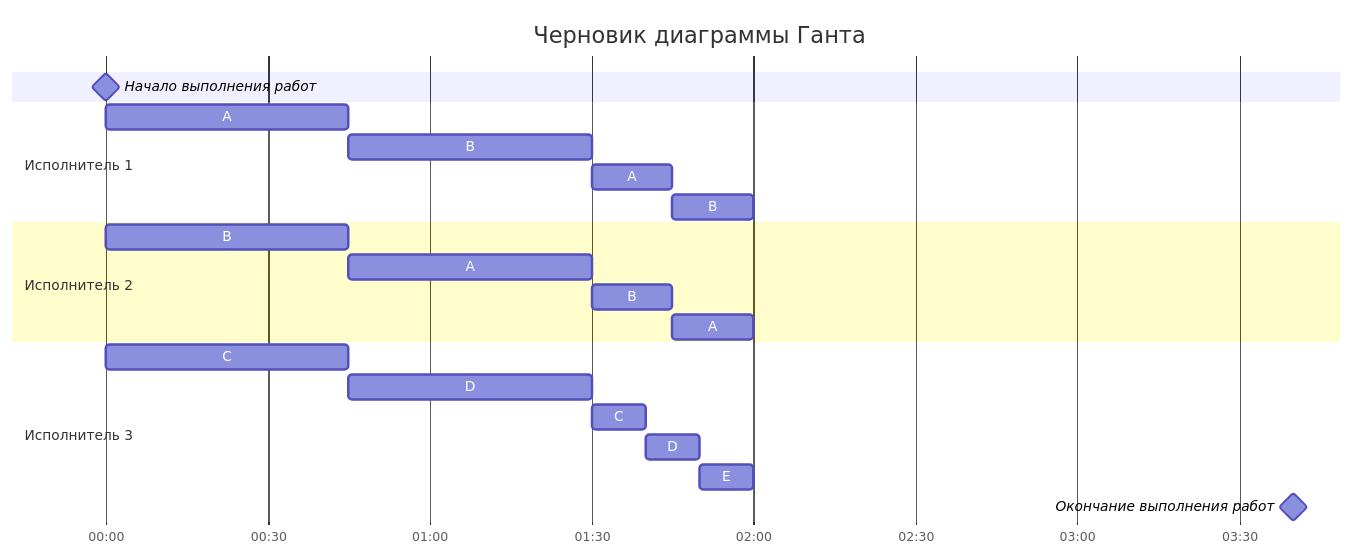
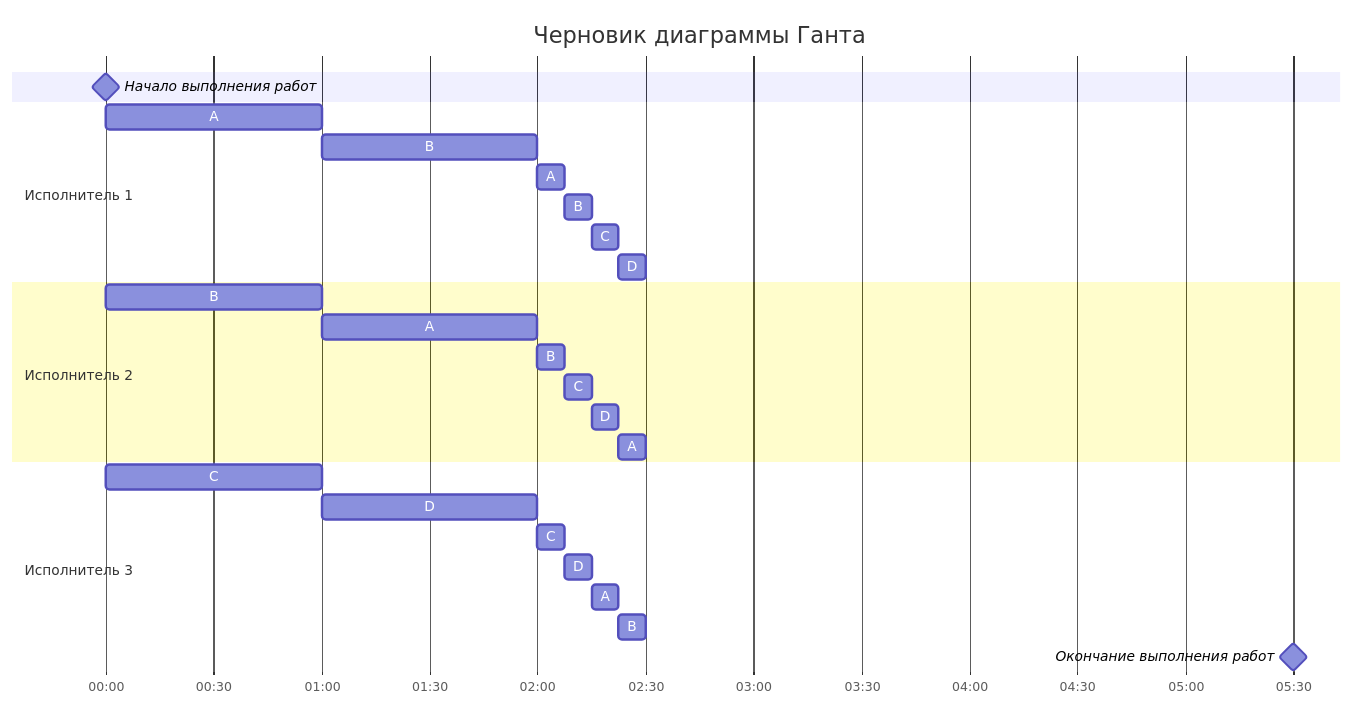
Before and after one commit to algos-ris-24-3/manual-tasks: the second of 3 diagrams in Задание 5/syndicate.md, drawn with Mermaid. The commit also changed other lines of this file, not shown here.

````diff
--- a/Задание 5/syndicate.md
+++ b/Задание 5/syndicate.md
@@ -115,24 +115,29 @@
 ```mermaid
 gantt
     title Черновик диаграммы Ганта
     dateFormat DD HH:mm    
     axisFormat %H:%M
     Начало выполнения работ : milestone, m1, 01 00:00, 0h
     section Исполнитель 1
-    A         :a1, 01 00:00, 0.75h
-    B         :a2, after a1, 0.75h
-    A         :a3, 01 01:30, 0.25h
-    B         :a4, after a3, 0.25h
+    A         :a1, 01 00:00, 1h
+    B         :a2, after a1, 1h
+    A         :a3, 01 02:00, 0.125h
+    B         :a4, after a3, 0.125h
+    C         :a5, after a4, 0.125h
+    D         :a6, after a5, 0.125h
     section Исполнитель 2
-    B         :b1, 01 00:00, 0.75h
-    A         :b2, after b1, 0.75h
-    B         :b3, 01 01:30, 0.25h
-    A         :b4, after b3, 0.25h
+    B         :b1, 01 00:00, 1h
+    A         :b2, after b1, 1h
+    B         :b3, 01 02:00, 0.125h
+    C         :b4, after b3, 0.125h
+    D         :b5, after b4, 0.125h
+    A         :b6, after b5, 0.125h
     section Исполнитель 3
-    C         :c1, 01 00:00, 0.75h
-    D         :c2, after c1, 0.75h
-    C         :c3, 01 01:30, 0.167h
-    D         :c4, after c3, 0.167h
-    E         :c5, after c4, 0.167h
-    Окончание выполнения работ : milestone, m2, 01 03:40, 0h
+    C         :c1, 01 00:00, 1h
+    D         :c2, after c1, 1h
+    C         :c3, 01 02:00, 0.125h
+    D         :c4, after c3, 0.125h
+    A         :c5, after c4, 0.125h
+    B         :c6, after c5, 0.125h
+    Окончание выполнения работ : milestone, m2, 01 05:30, 0h
 ```
````
